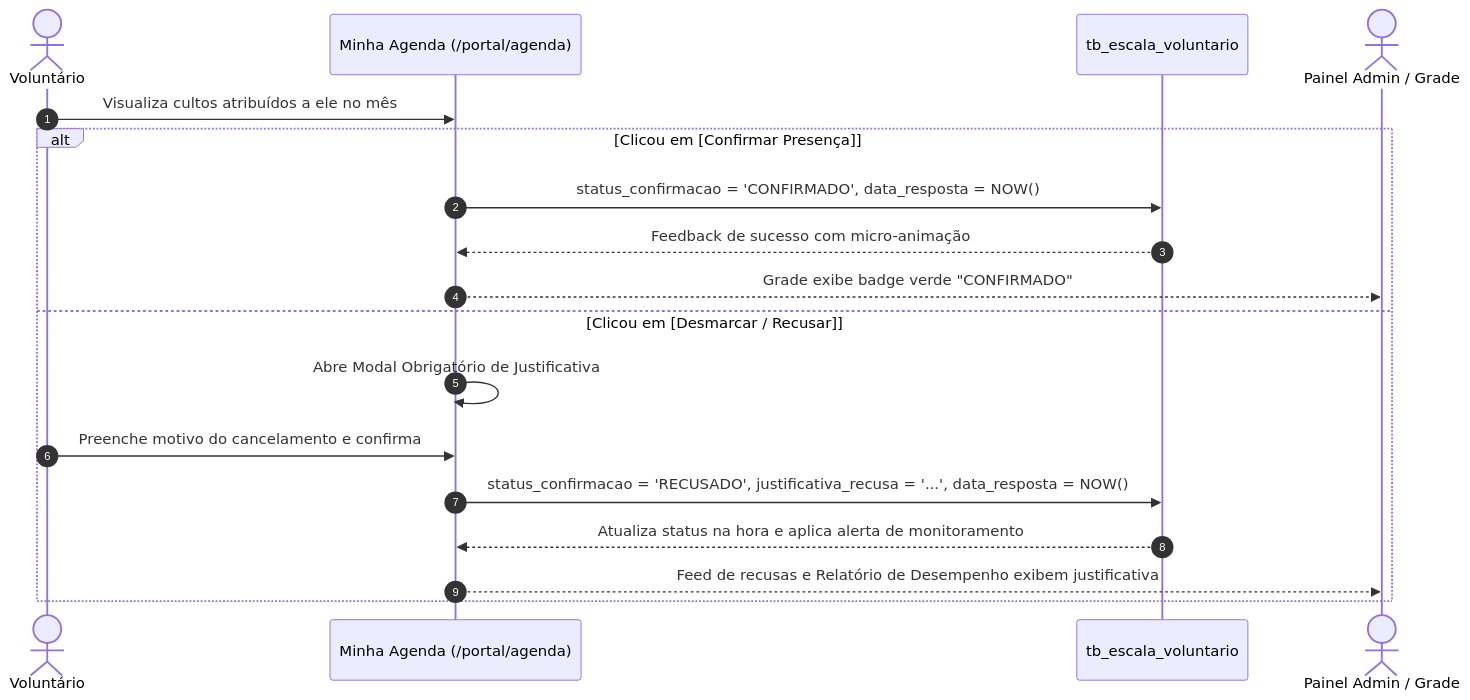
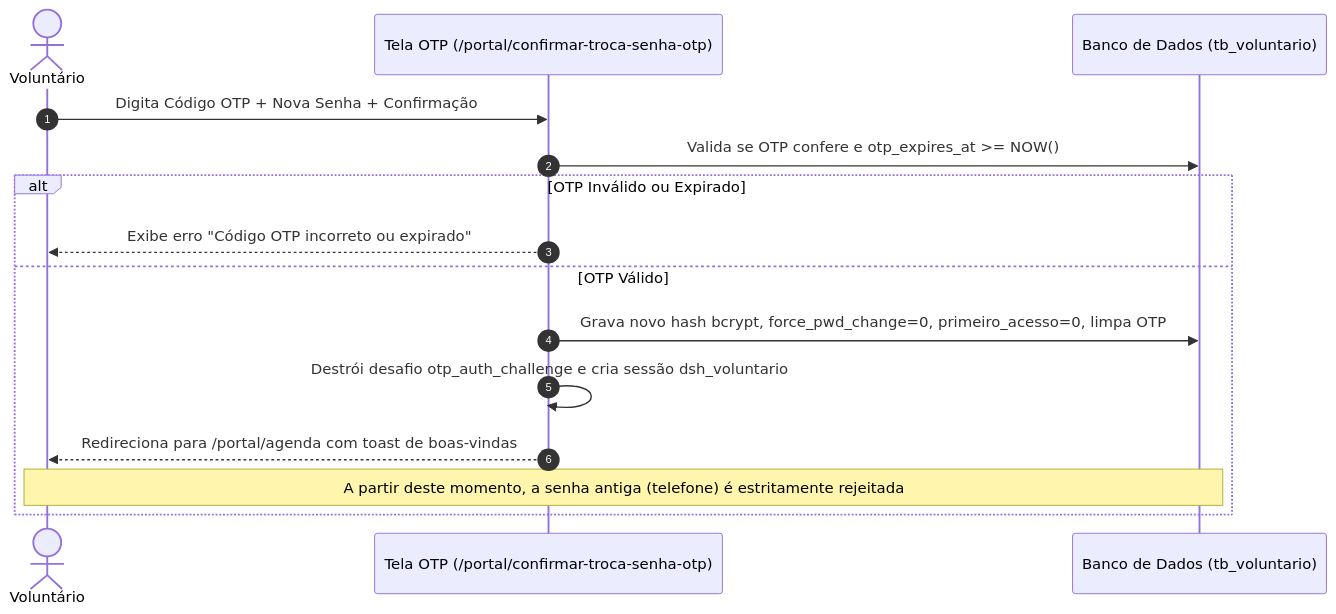
Before and after one commit to canalsantoandre/ci-advec: the third of 4 diagrams in _docs/readme.md, drawn with Mermaid. The commit also changed other lines of this file and 15 other files, not shown here.

````diff
--- a/_docs/readme.md
+++ b/_docs/readme.md
@@ -78,21 +101,18 @@
 ```mermaid
 sequenceDiagram
     autonumber
     actor Vol as Voluntário
-    participant Agenda as Minha Agenda (/portal/agenda)
-    participant DB as tb_escala_voluntario
-    actor Admin as Painel Admin / Grade
+    participant App as Tela OTP (/portal/confirmar-troca-senha-otp)
+    participant DB as Banco de Dados (tb_voluntario)
 
-    Vol->>Agenda: Visualiza cultos atribuídos a ele no mês
-    alt Clicou em [Confirmar Presença]
-        Agenda->>DB: status_confirmacao = 'CONFIRMADO', data_resposta = NOW()
-        DB-->>Agenda: Feedback de sucesso com micro-animação
-        Agenda-->>Admin: Grade exibe badge verde "CONFIRMADO"
-    else Clicou em [Desmarcar / Recusar]
-        Agenda->>Agenda: Abre Modal Obrigatório de Justificativa
-        Vol->>Agenda: Preenche motivo do cancelamento e confirma
-        Agenda->>DB: status_confirmacao = 'RECUSADO', justificativa_recusa = '...', data_resposta = NOW()
-        DB-->>Agenda: Atualiza status na hora e aplica alerta de monitoramento
-        Agenda-->>Admin: Feed de recusas e Relatório de Desempenho exibem justificativa
+    Vol->>App: Digita Código OTP + Nova Senha + Confirmação
+    App->>DB: Valida se OTP confere e otp_expires_at >= NOW()
+    alt OTP Inválido ou Expirado
+        App-->>Vol: Exibe erro "Código OTP incorreto ou expirado"
+    else OTP Válido
+        App->>DB: Grava novo hash bcrypt, force_pwd_change=0, primeiro_acesso=0, limpa OTP
+        App->>App: Destrói desafio otp_auth_challenge e cria sessão dsh_voluntario
+        App-->>Vol: Redireciona para /portal/agenda com toast de boas-vindas
+        Note over Vol,DB: A partir deste momento, a senha antiga (telefone) é estritamente rejeitada
     end
 ```
````
